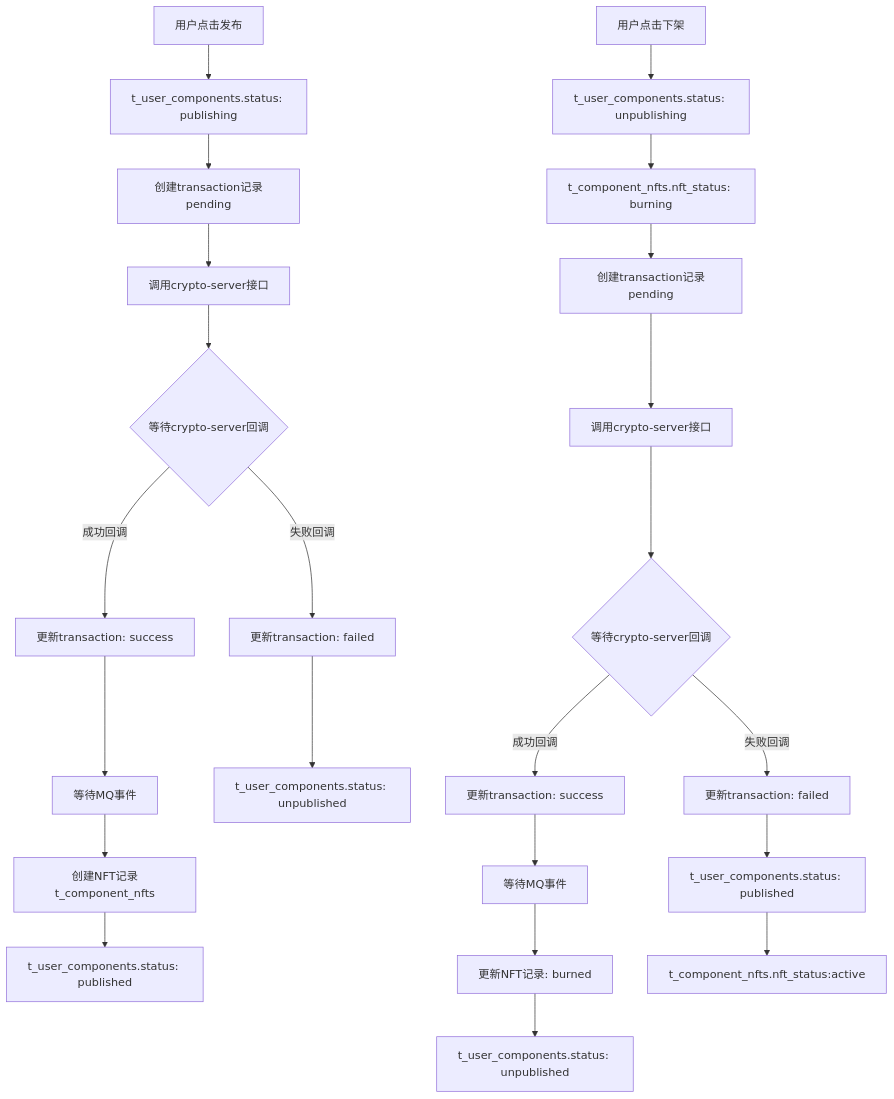
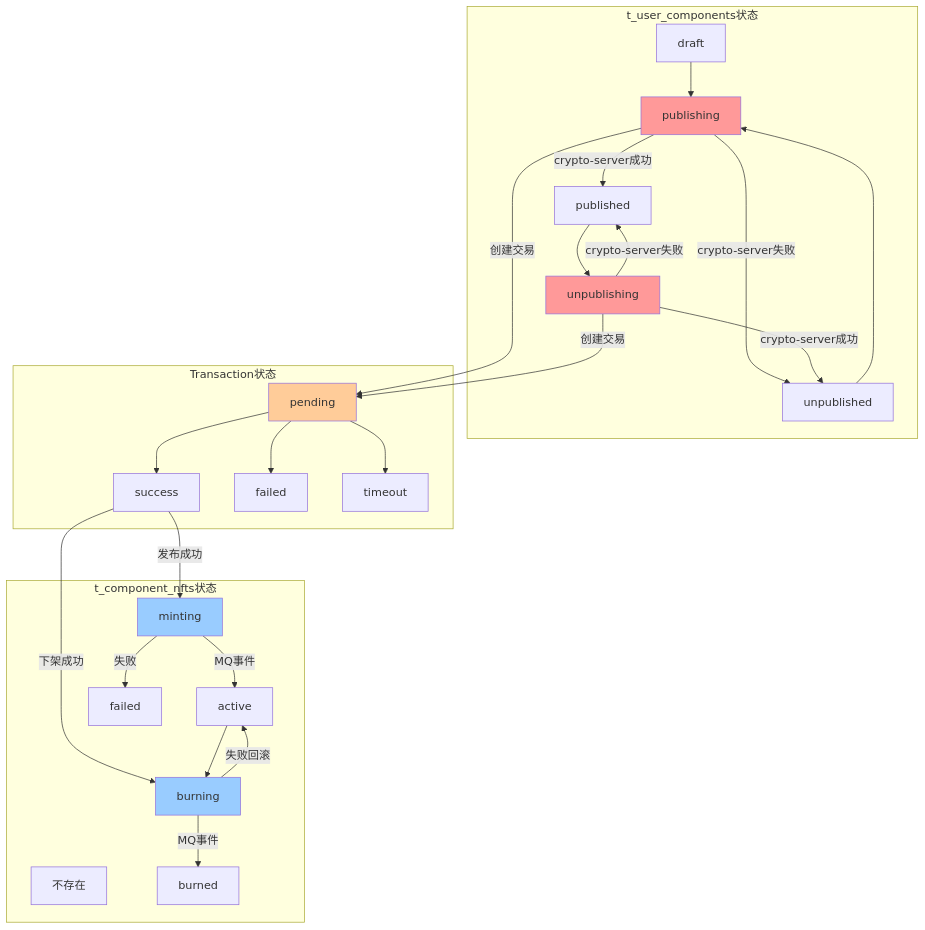
Before and after one commit to yingjianzh/iodraw-files: the diagram in all/未命名-76.md, drawn with Mermaid.

Commit message:
2025-07-08 10:58:17 update

````diff
--- a/all/未命名-76.md
+++ b/all/未命名-76.md
@@ -1,32 +1,54 @@
 ```mermaid
-
-graph TD
-    A[用户点击发布] --> B[t_user_components.status: publishing]
-    B --> C[创建transaction记录pending]
-    C --> D[调用crypto-server接口]
-    D --> E{等待crypto-server回调}
+graph TB
+    subgraph "t_user_components状态"
+        UC1[draft]
+        UC2[publishing]
+        UC3[published]
+        UC4[unpublishing]
+        UC5[unpublished]
+    end
     
-    E -->|成功回调| F[更新transaction: success]
-    F --> G[等待MQ事件]
-    G --> H[创建NFT记录t_component_nfts]
-    H --> I[t_user_components.status: published]
+    subgraph "t_component_nfts状态"
+        NFT1[不存在]
+        NFT2[minting]
+        NFT3[active]
+        NFT4[burning]
+        NFT5[burned]
+        NFT6[failed]
+    end
     
-    E -->|失败回调| J[更新transaction: failed]
-    J --> K[t_user_components.status: unpublished]
+    subgraph "Transaction状态"
+        TX1[pending]
+        TX2[success]
+        TX3[failed]
+        TX4[timeout]
+    end
     
-    L[用户点击下架] --> M[t_user_components.status: unpublishing]
-    M --> M1[t_component_nfts.nft_status: burning]
-    M1 --> N[创建transaction记录pending]
-    N --> O[调用crypto-server接口]
-    O --> P{等待crypto-server回调}
+    UC1 --> UC2
+    UC2 --> |crypto-server成功| UC3
+    UC2 --> |crypto-server失败| UC5
+    UC3 --> UC4
+    UC4 --> |crypto-server成功| UC5
+    UC4 --> |crypto-server失败| UC3
+    UC5 --> UC2
     
-    P -->|成功回调| Q[更新transaction: success]
-    Q --> R[等待MQ事件]
-    R --> S[更新NFT记录: burned]
-    S --> T[t_user_components.status: unpublished]
+    UC2 --> |创建交易| TX1
+    UC4 --> |创建交易| TX1
+    TX1 --> TX2
+    TX1 --> TX3
+    TX1 --> TX4
     
-    P -->|失败回调| U[更新transaction: failed]
-    U --> V[t_user_components.status: published]
-    V --> X[t_component_nfts.nft_status:active]
-
+    TX2 --> |发布成功| NFT2
+    TX2 --> |下架成功| NFT4
+    NFT2 --> |MQ事件| NFT3
+    NFT2 --> |失败| NFT6
+    NFT3 --> NFT4
+    NFT4 --> |MQ事件| NFT5
+    NFT4 --> |失败回滚| NFT3
+    
+    style UC2 fill:#ff9999
+    style UC4 fill:#ff9999
+    style TX1 fill:#ffcc99
+    style NFT2 fill:#99ccff
+    style NFT4 fill:#99ccff
 ```
````
